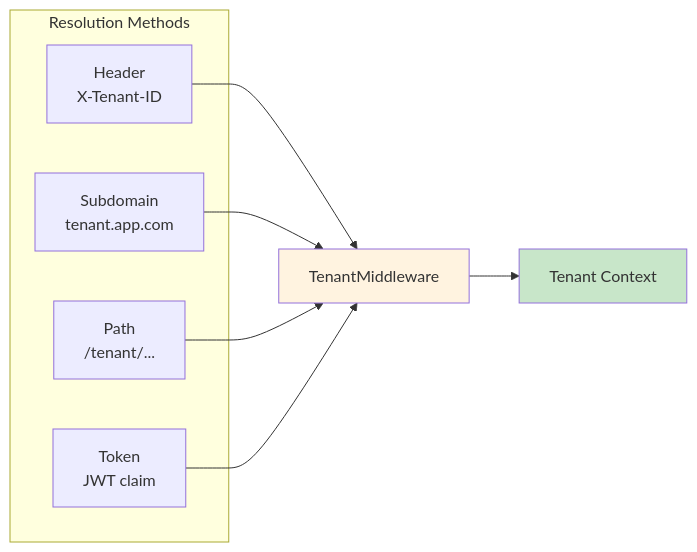
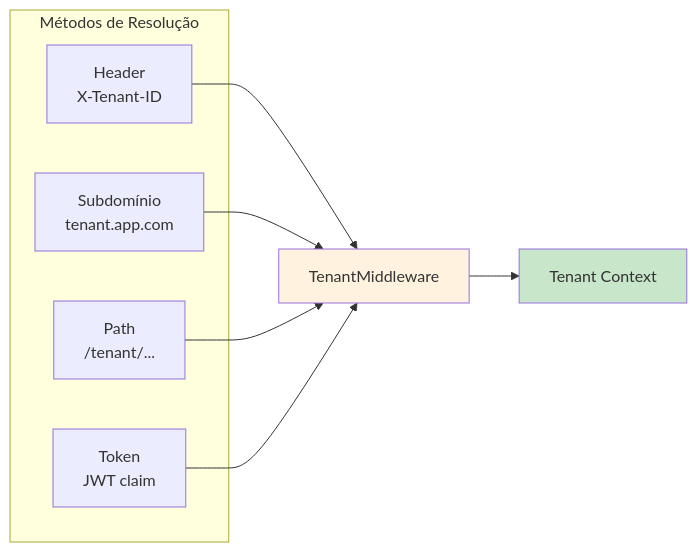
The second of 2 diagrams in docs/32-tenancy.md (SorPuti/core-framework), drawn with Mermaid before and after one commit. The commit also changed other lines of this file and 22 other files, not shown here.

````diff
--- a/docs/32-tenancy.md
+++ b/docs/32-tenancy.md
@@ -41,19 +41,19 @@
 ```mermaid
 flowchart LR
-    subgraph "Resolution Methods"
+    subgraph "Métodos de Resolução"
         H[Header<br/>X-Tenant-ID]
-        S[Subdomain<br/>tenant.app.com]
+        S[Subdomínio<br/>tenant.app.com]
         P[Path<br/>/tenant/...]
         T[Token<br/>JWT claim]
     end
     
     H --> MW[TenantMiddleware]
     S --> MW
     P --> MW
     T --> MW
     
     MW --> CTX[Tenant Context]
     
     style MW fill:#fff3e0
     style CTX fill:#c8e6c9
 ```
````
